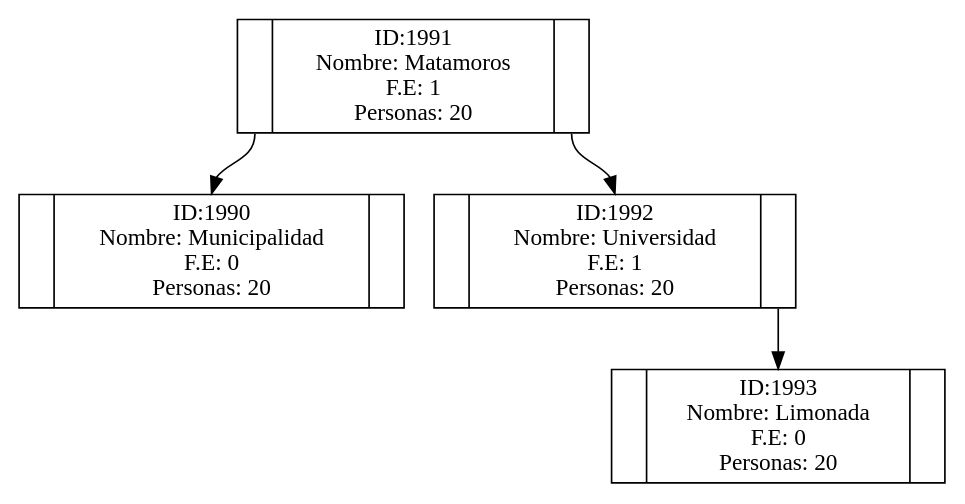
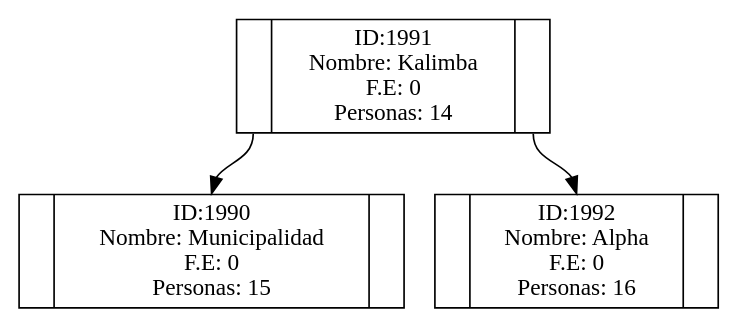
The diagram in Graphviz/arbolEstacionClave.dot (Luiskr1993/Proyecto1s22015_201122864a), drawn with Graphviz before and after one commit. The commit also changed 13 other files, not shown here.

```diff
--- a/Graphviz/arbolEstacionClave.dot
+++ b/Graphviz/arbolEstacionClave.dot
@@ -1,10 +1,8 @@
 digraph Arbol{
 node [shape=record];
-n_1991[label = "<izq> |<dat> ID:1991 \n Nombre: Matamoros\n F.E:  1\n Personas:  20 |<der>"]
+n_1991[label = "<izq> |<dat> ID:1991 \n Nombre: Kalimba\n F.E:  0\n Personas:  14 |<der>"]
 n_1991:izq -> n_1990:dat;
-n_1990[label = "<izq> |<dat> ID:1990 \n Nombre: Municipalidad\n F.E:  0\n Personas:  20 |<der>"]
+n_1990[label = "<izq> |<dat> ID:1990 \n Nombre: Municipalidad\n F.E:  0\n Personas:  15 |<der>"]
 n_1991:der -> n_1992:dat;
-n_1992[label = "<izq> |<dat> ID:1992 \n Nombre: Universidad\n F.E:  1\n Personas:  20 |<der>"]
-n_1992:der -> n_1993:dat;
-n_1993[label = "<izq> |<dat> ID:1993 \n Nombre: Limonada\n F.E:  0\n Personas:  20 |<der>"]
+n_1992[label = "<izq> |<dat> ID:1992 \n Nombre: Alpha\n F.E:  0\n Personas:  16 |<der>"]
 }
```
